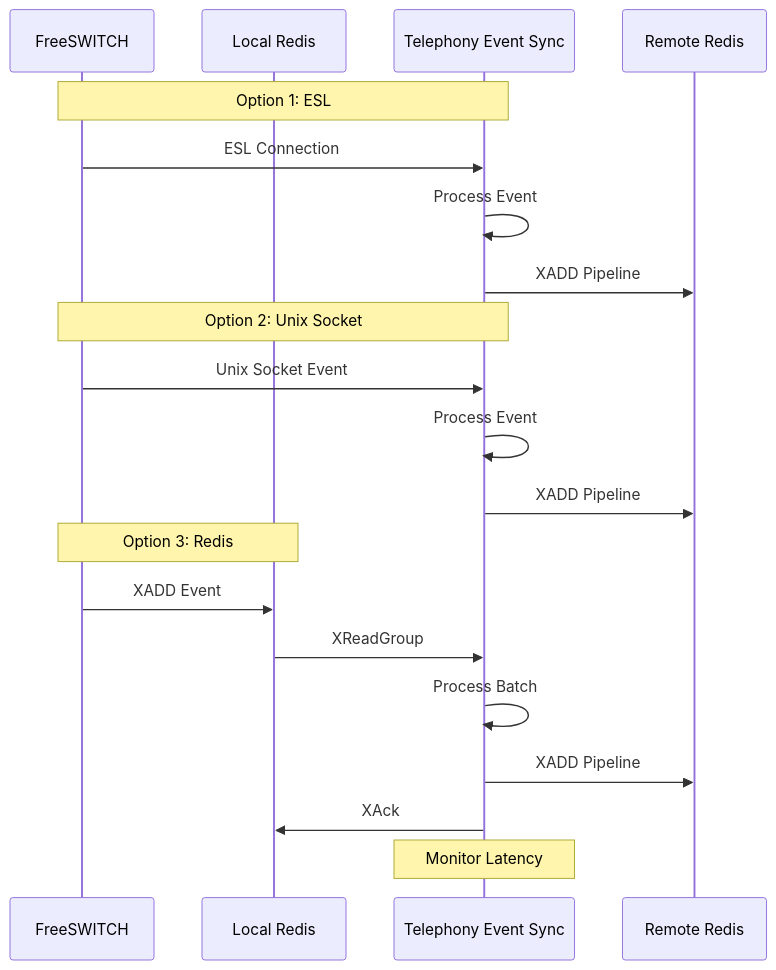
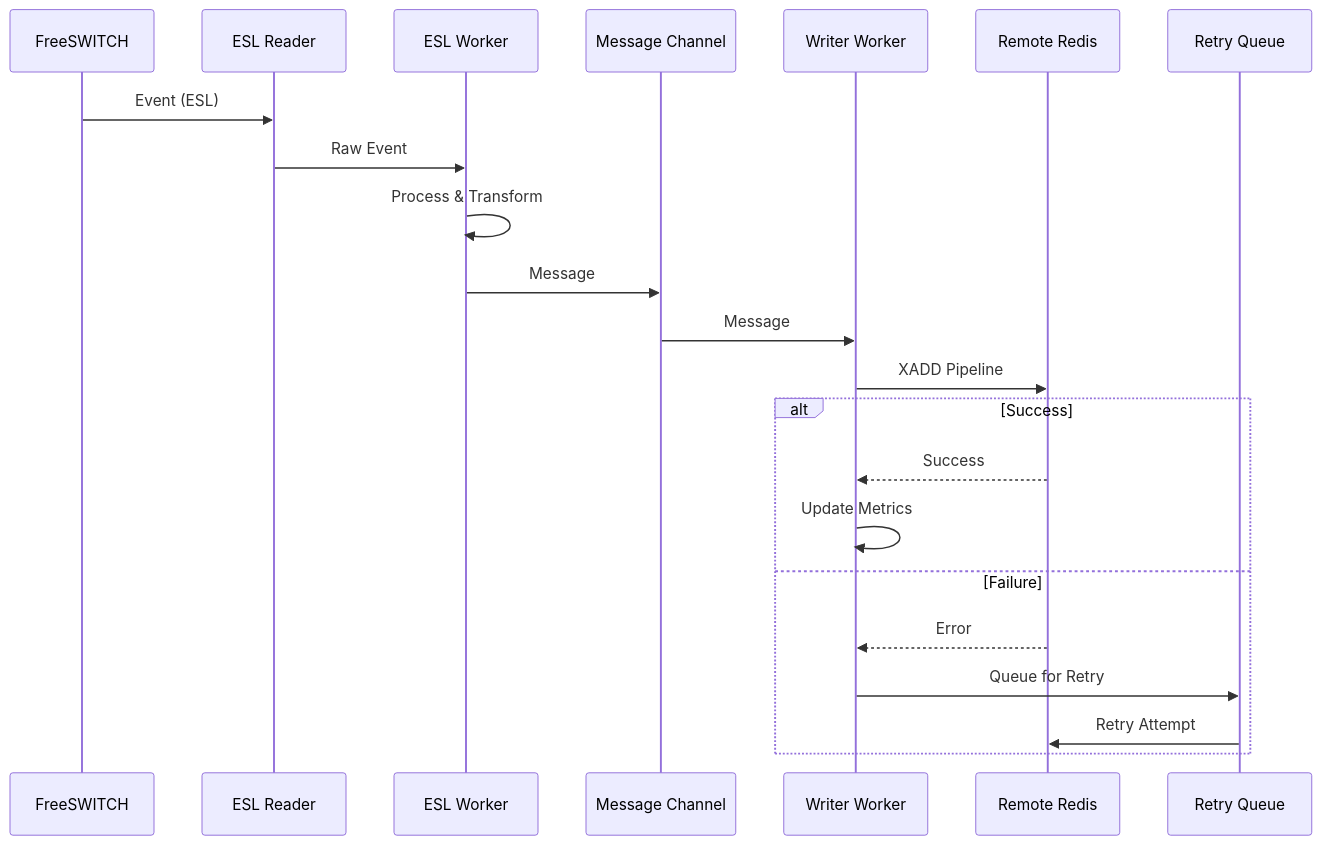
One commit to rauxiliar/telephonyEventSync changed the second of 2 diagrams in README.md. Above: the diagram before and after it, drawn with Mermaid. The commit also changed other lines of this file and 6 other files, not shown here.

````diff
--- a/README.md
+++ b/README.md
@@ -171,26 +133,26 @@
 ```mermaid
 sequenceDiagram
     participant FS as FreeSWITCH
-    participant LR as Local Redis
-    participant TES as Telephony Event Sync
-    participant RR as Remote Redis
-
-    Note over FS,TES: Option 1: ESL
-    FS->>TES: ESL Connection
-    TES->>TES: Process Event
-    TES->>RR: XADD Pipeline
-
-    Note over FS,TES: Option 2: Unix Socket
-    FS->>TES: Unix Socket Event
-    TES->>TES: Process Event
-    TES->>RR: XADD Pipeline
-
-    Note over FS,LR: Option 3: Redis
-    FS->>LR: XADD Event
-    LR->>TES: XReadGroup
-    TES->>TES: Process Batch
-    TES->>RR: XADD Pipeline
-    TES->>LR: XAck
-
-    Note over TES: Monitor Latency
+    participant ESL as ESL Reader
+    participant WORKER as ESL Worker
+    participant CHANNEL as Message Channel
+    participant WRITER as Writer Worker
+    participant REDIS as Remote Redis
+    participant RETRY as Retry Queue
+    
+    FS->>ESL: Event (ESL)
+    ESL->>WORKER: Raw Event
+    WORKER->>WORKER: Process & Transform
+    WORKER->>CHANNEL: Message
+    CHANNEL->>WRITER: Message
+    WRITER->>REDIS: XADD Pipeline
+    
+    alt Success
+        REDIS-->>WRITER: Success
+        WRITER->>WRITER: Update Metrics
+    else Failure
+        REDIS-->>WRITER: Error
+        WRITER->>RETRY: Queue for Retry
+        RETRY->>REDIS: Retry Attempt
+    end
 ```
````
